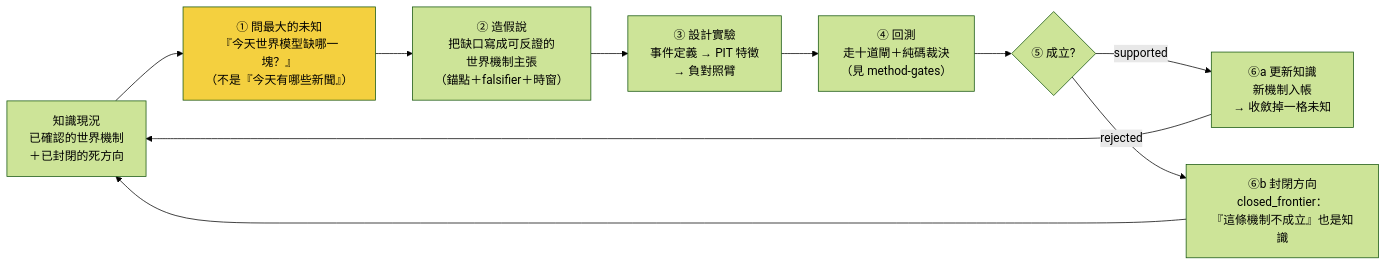
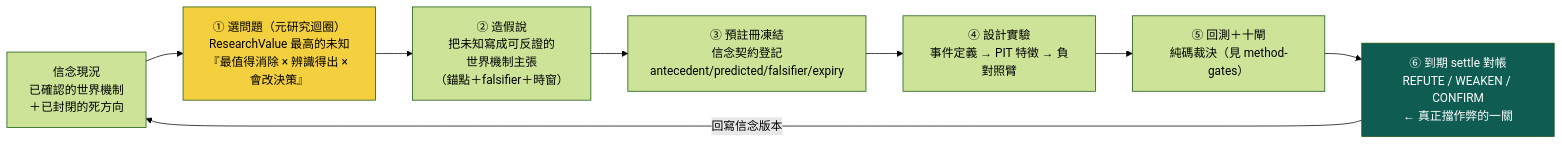
One commit to Baboonbrother/alpha-evolution-wiki changed the first of 2 diagrams in hypothesis-engine.md. Above: the diagram before and after it, drawn with Mermaid (forest theme). The commit also changed other lines of this file and 30 other files, not shown here.

Commit message:
exp-004 真信念契約(MIEE已對帳,B-H-003被真證據REFUTE)+內化owner四點:W/O/B/P分離、三迴圈、ResearchValue、exp-002降級

````diff
--- a/hypothesis-engine.md
+++ b/hypothesis-engine.md
@@ -9,13 +11,12 @@
 ```mermaid
 flowchart LR
-    K["知識現況<br/>已確認的世界機制<br/>＋已封閉的死方向"] --> Q["① 問最大的未知<br/>『今天世界模型缺哪一塊？』<br/>（不是『今天有哪些新聞』）"]
-    Q --> H["② 造假說<br/>把缺口寫成可反證的<br/>世界機制主張<br/>（錨點＋falsifier＋時窗）"]
-    H --> D["③ 設計實驗<br/>事件定義 → PIT 特徵<br/>→ 負對照臂"]
-    D --> B["④ 回測<br/>走十道閘＋純碼裁決<br/>（見 method-gates）"]
-    B --> V{"⑤ 成立?"}
-    V -->|supported| U["⑥a 更新知識<br/>新機制入帳<br/>→ 收斂掉一格未知"]
-    V -->|rejected| C["⑥b 封閉方向<br/>closed_frontier：<br/>『這條機制不成立』也是知識"]
-    U --> K
-    C --> K
+    B["信念現況<br/>已確認的世界機制<br/>＋已封閉的死方向"] --> Q["① 選問題（元研究迴圈）<br/>ResearchValue 最高的未知<br/>『最值得消除 × 辨識得出 × 會改決策』"]
+    Q --> H["② 造假說<br/>把未知寫成可反證的<br/>世界機制主張<br/>（錨點＋falsifier＋時窗）"]
+    H --> R["③ 預註冊凍結<br/>信念契約登記<br/>antecedent/predicted/falsifier/expiry"]
+    R --> D["④ 設計實驗<br/>事件定義 → PIT 特徵 → 負對照臂"]
+    D --> BT["⑤ 回測＋十閘<br/>純碼裁決（見 method-gates）"]
+    BT --> S["⑥ 到期 settle 對帳<br/>REFUTE / WEAKEN / CONFIRM<br/>← 真正擋作弊的一關"]
+    S -->|"回寫信念版本"| B
     style Q fill:#f4d03f,color:#000
+    style S fill:#0f5c52,color:#fff
 ```
````
